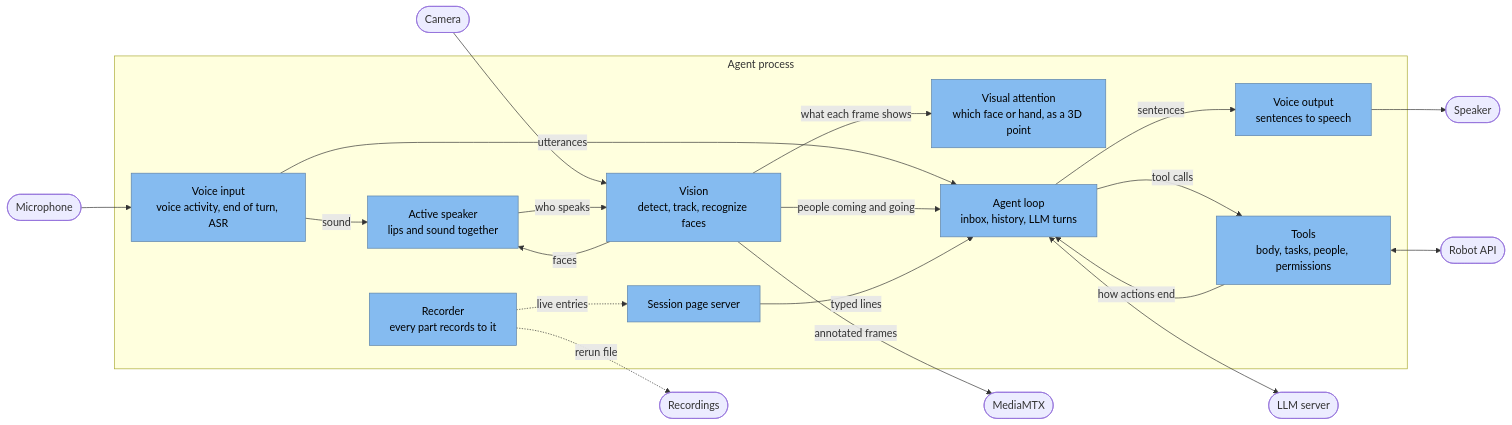
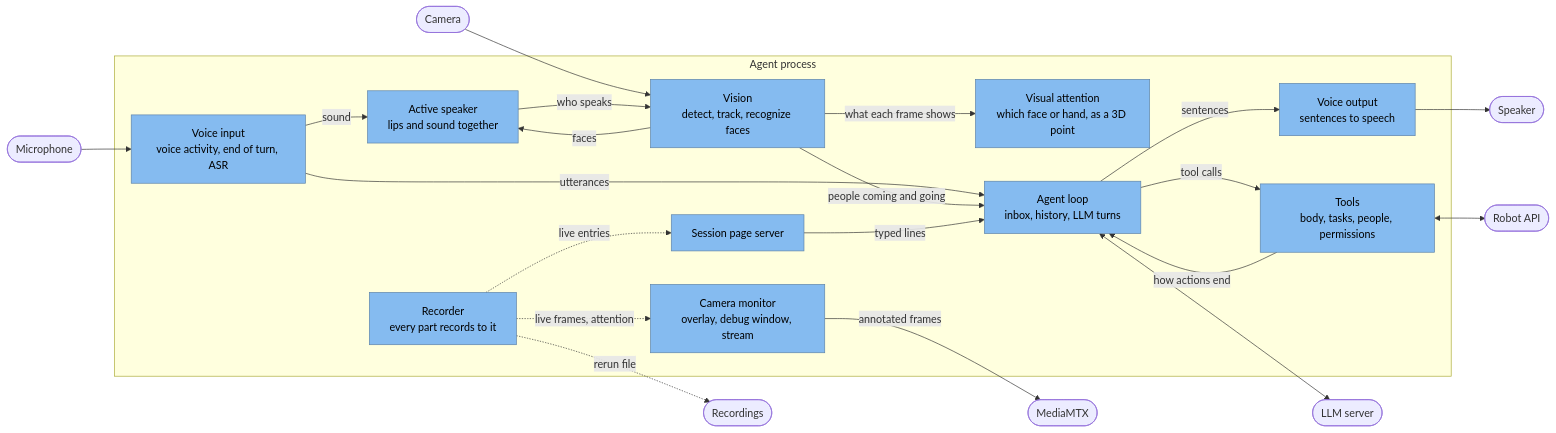
The third of 9 diagrams in docs/ARCHITECTURE.md (lokiledev/robot-voice-agent), drawn with Mermaid before and after one commit. The commit also changed other lines of this file and 25 other files, not shown here.

````diff
--- a/docs/ARCHITECTURE.md
+++ b/docs/ARCHITECTURE.md
@@ -90,35 +90,37 @@
 ```mermaid
 flowchart LR
     mic([Microphone]) --> vin
     cam([Camera]) --> vision
     subgraph process ["Agent process"]
         vin["Voice input<br/>voice activity, end of turn, ASR"]
         vision["Vision<br/>detect, track, recognize faces"]
         asd["Active speaker<br/>lips and sound together"]
         att["Visual attention<br/>which face or hand, as a 3D point"]
+        mon["Camera monitor<br/>overlay, debug window, stream"]
         ui["Session page server"]
         loop["Agent loop<br/>inbox, history, LLM turns"]
         tools["Tools<br/>body, tasks, people, permissions"]
         vout["Voice output<br/>sentences to speech"]
         rec["Recorder<br/>every part records to it"]
     end
     vin -- "utterances" --> loop
     vin -- "sound" --> asd
     vision -- "faces" --> asd
     asd -- "who speaks" --> vision
     vision -- "people coming and going" --> loop
     vision -- "what each frame shows" --> att
     ui -- "typed lines" --> loop
     loop -- "sentences" --> vout
     loop -- "tool calls" --> tools
     tools -- "how actions end" --> loop
     loop <--> llm([LLM server])
     tools <--> robot([Robot API])
     vout --> spk([Speaker])
-    vision -- "annotated frames" --> mtx([MediaMTX])
+    rec -. "live frames, attention" .-> mon
+    mon -- "annotated frames" --> mtx([MediaMTX])
     rec -. "live entries" .-> ui
     rec -. "rerun file" .-> disk([Recordings])
 
     classDef component fill:#85bbf0,stroke:#5d82a8,color:#000
-    class vin,vision,asd,att,loop,tools,vout,ui,rec component
+    class vin,vision,asd,att,mon,loop,tools,vout,ui,rec component
 ```
````
